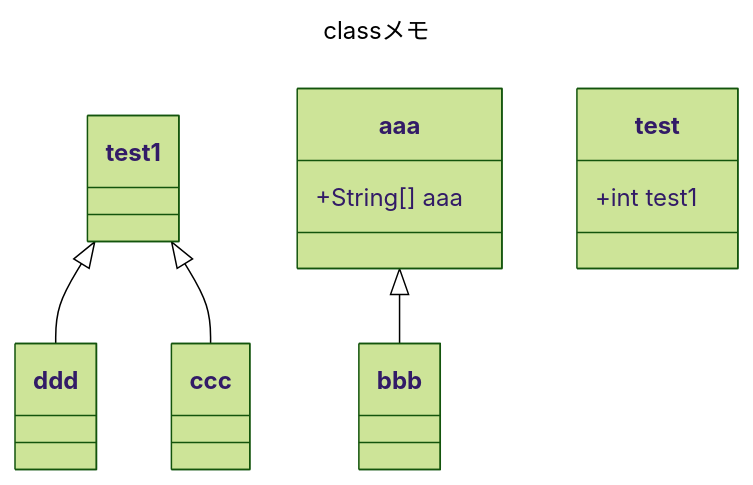
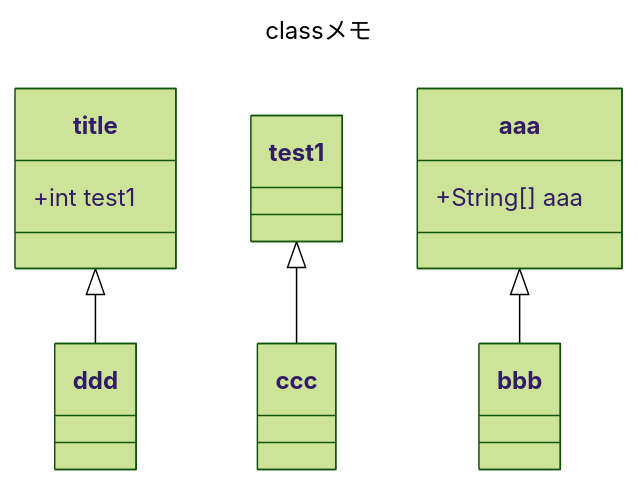
One commit to kerachino/percentateruun changed the diagram in README.md. Above: the diagram before and after it, drawn with Mermaid (forest theme).

Commit message:
edit mermaid

````diff
--- a/README.md
+++ b/README.md
@@ -3,16 +3,16 @@
 ```mermaid
 ---
 title: classメモ
 ---
 classDiagram
-    test1 <|-- ddd
+    title <|-- ddd
     test1 <|-- ccc
     aaa <|-- bbb
 
-    class test{
+    class title{
         +int test1
     }
     class aaa{
         +String[] aaa
     }
 ```
````
